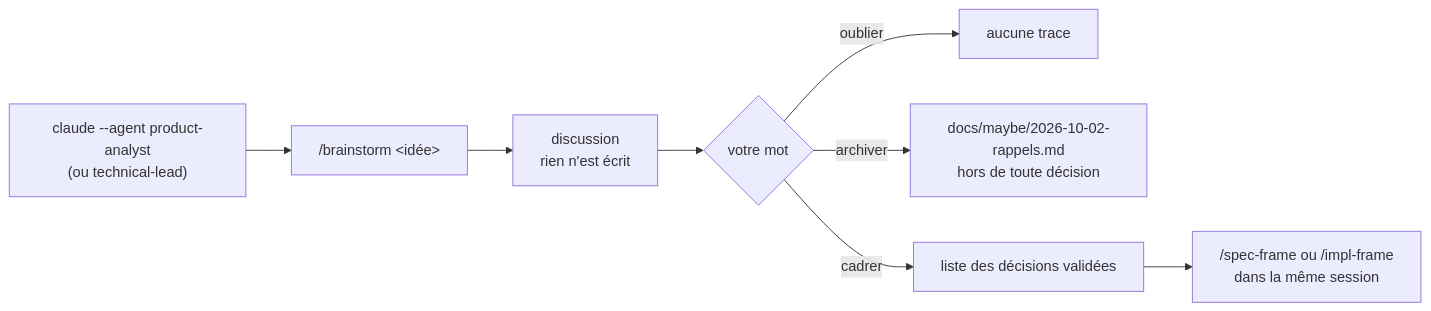
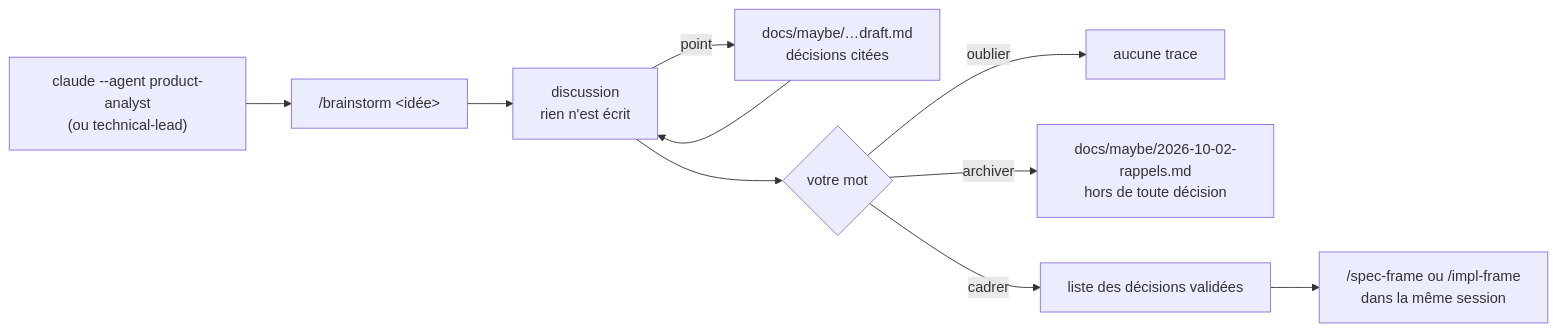
One commit to peugene/delivery-method changed the second of 6 diagrams in docs/guide.md. Above: the diagram before and after it, drawn with Mermaid. The commit also changed other lines of this file and 6 other files, not shown here.

````diff
--- a/docs/guide.md
+++ b/docs/guide.md
@@ -75,10 +92,12 @@
 ```mermaid
 flowchart LR
     S["claude --agent product-analyst<br/>(ou technical-lead)"] --> A["/brainstorm &lt;idée&gt;"]
     A --> B[discussion<br/>rien n'est écrit]
+    B -- point --> P["docs/maybe/…draft.md<br/>décisions citées"]
+    P --> B
     B --> C{votre mot}
     C -- oublier --> D[aucune trace]
     C -- archiver --> E["docs/maybe/2026-10-02-rappels.md<br/>hors de toute décision"]
     C -- cadrer --> F["liste des décisions validées"]
     F --> G["/spec-frame ou /impl-frame<br/>dans la même session"]
 ```
````
